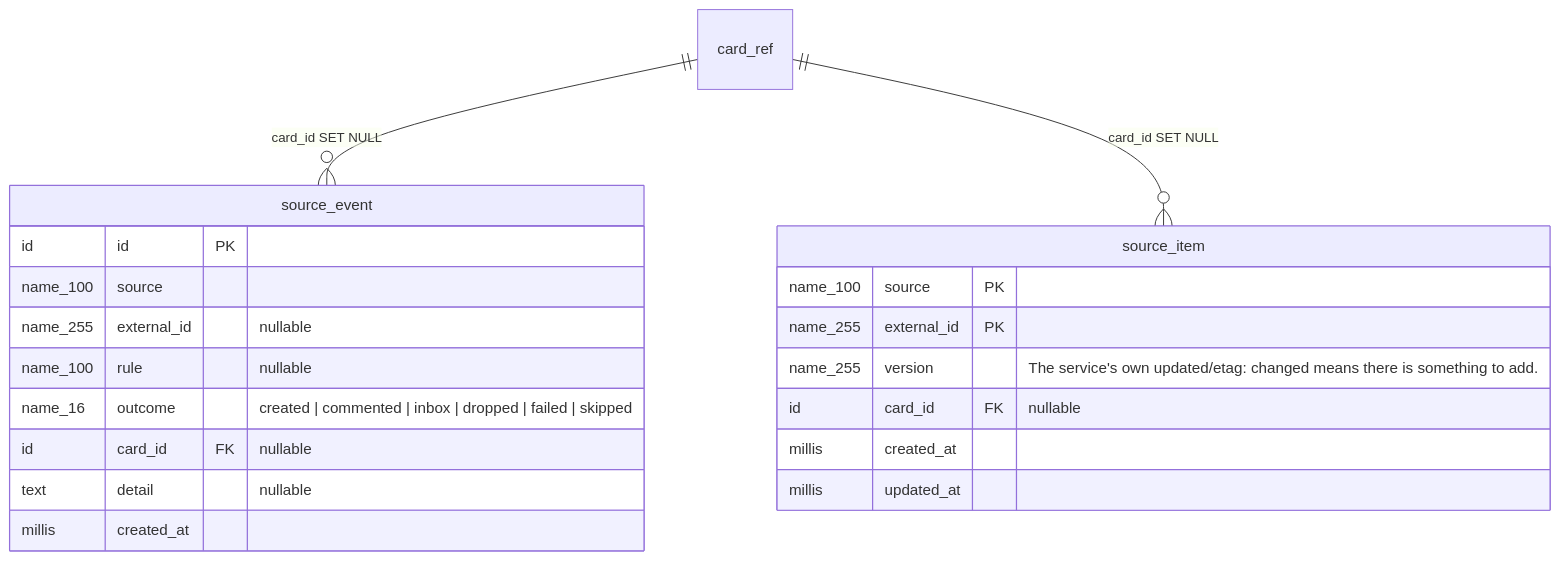
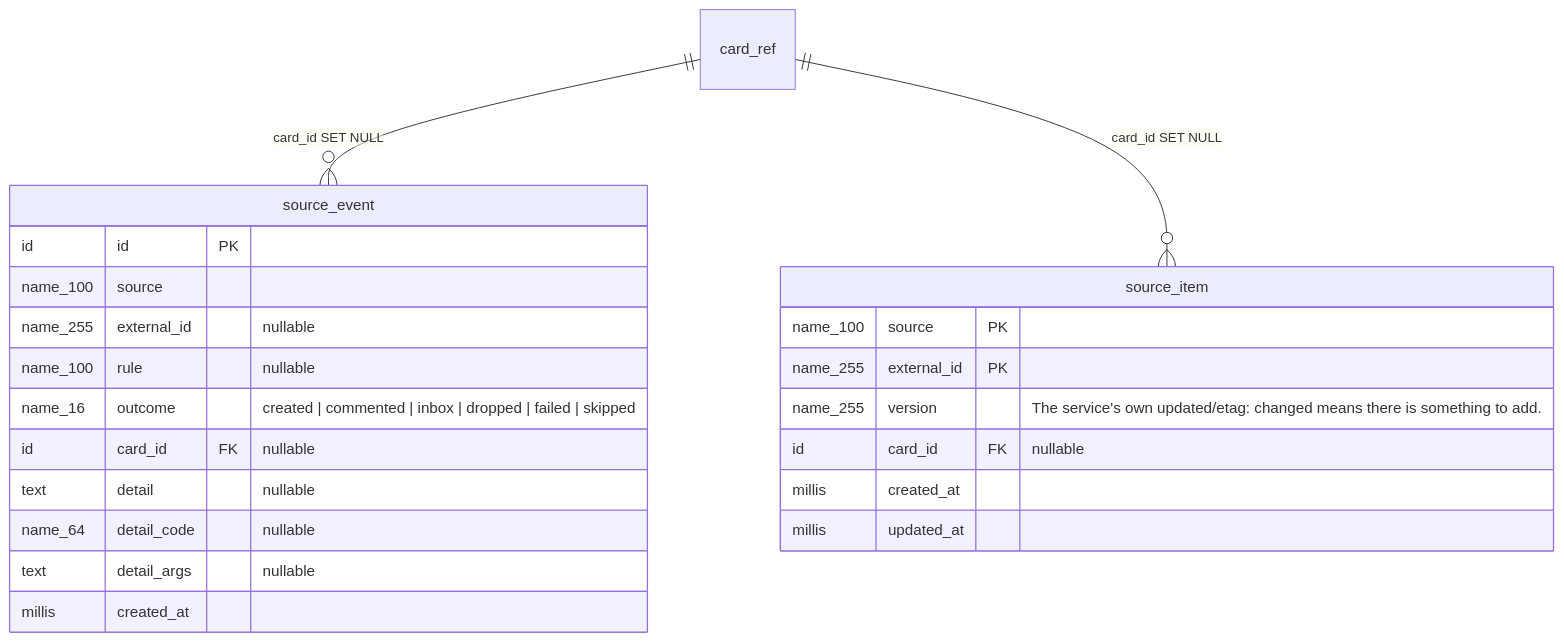
Before and after one commit to artipop/pourquoipas: the eighth of 10 diagrams in docs/schema/erd.md, drawn with Mermaid. The commit also changed other lines of this file and 131 other files, not shown here.

````diff
--- a/docs/schema/erd.md
+++ b/docs/schema/erd.md
@@ -441,24 +443,26 @@
 ```mermaid
 erDiagram
     card_ref ||--o{ source_event : "card_id SET NULL"
     card_ref ||--o{ source_item : "card_id SET NULL"
 
     source_item {
         name_100 source PK
         name_255 external_id PK
         name_255 version "The service's own updated/etag: changed means there is something to add."
         id card_id FK "nullable"
         millis created_at
         millis updated_at
     }
     source_event {
         id id PK
         name_100 source
         name_255 external_id "nullable"
         name_100 rule "nullable"
         name_16 outcome "created | commented | inbox | dropped | failed | skipped"
         id card_id FK "nullable"
         text detail "nullable"
+        name_64 detail_code "nullable"
+        text detail_args "nullable"
         millis created_at
     }
 ```
````
